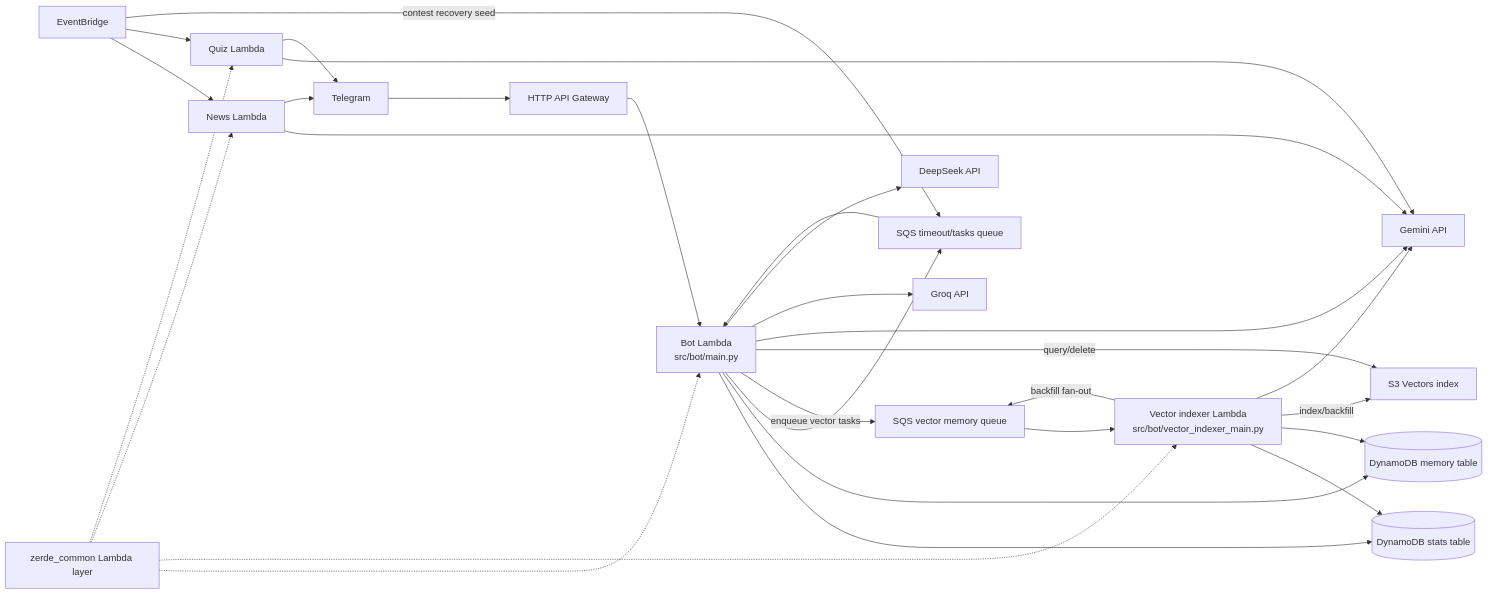
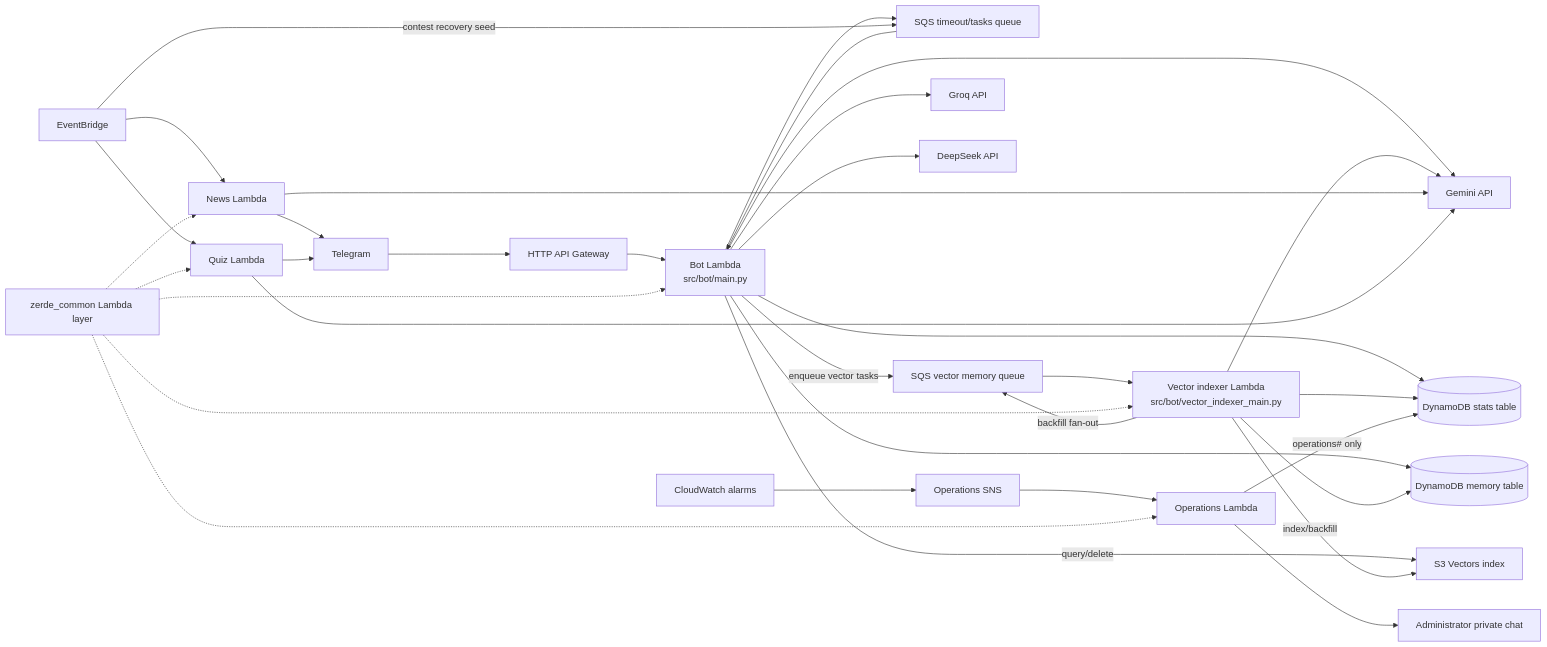
One commit to Bayashat/zerde-serverless-bot changed the diagram in docs/ARCHITECTURE.md. Above: the diagram before and after it, drawn with Mermaid. The commit also changed other lines of this file and 26 other files, not shown here.

````diff
--- a/docs/ARCHITECTURE.md
+++ b/docs/ARCHITECTURE.md
@@ -21,34 +21,39 @@
 ```mermaid
 flowchart LR
   TG["Telegram"] --> APIGW["HTTP API Gateway"]
   APIGW --> BOT["Bot Lambda<br/>src/bot/main.py"]
   MAINQ["SQS timeout/tasks queue"] --> BOT
   VQ["SQS vector memory queue"] --> VIDX["Vector indexer Lambda<br/>src/bot/vector_indexer_main.py"]
 
   BOT --> STATS[("DynamoDB stats table")]
   BOT --> MEMORY[("DynamoDB memory table")]
   BOT --> MAINQ
   BOT -- "enqueue vector tasks" --> VQ
   BOT -- "query/delete" --> S3V["S3 Vectors index"]
   BOT --> GEMINI["Gemini API"]
   BOT --> GROQ["Groq API"]
   BOT --> DEEPSEEK["DeepSeek API"]
   VIDX -- "backfill fan-out" --> VQ
   VIDX --> STATS
   VIDX --> MEMORY
   VIDX -- "index/backfill" --> S3V
   VIDX --> GEMINI
 
   EB["EventBridge"] --> NEWS["News Lambda"]
   EB --> QUIZ["Quiz Lambda"]
   EB -- "contest recovery seed" --> MAINQ
   NEWS --> GEMINI
   QUIZ --> GEMINI
   NEWS --> TG
   QUIZ --> TG
 
   LAYER["zerde_common Lambda layer"] -.-> BOT
   LAYER -.-> VIDX
   LAYER -.-> NEWS
   LAYER -.-> QUIZ
+  CW["CloudWatch alarms"] --> SNS["Operations SNS"]
+  SNS --> OPS["Operations Lambda"]
+  OPS --> ADMIN["Administrator private chat"]
+  OPS -- "operations# only" --> STATS
+  LAYER -.-> OPS
 ```
````
